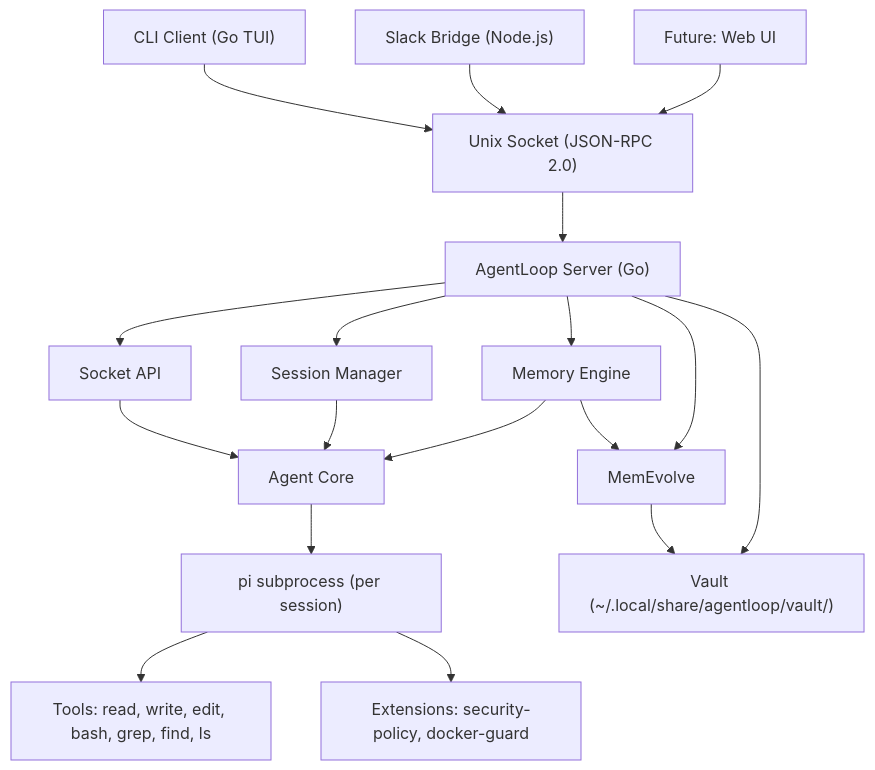
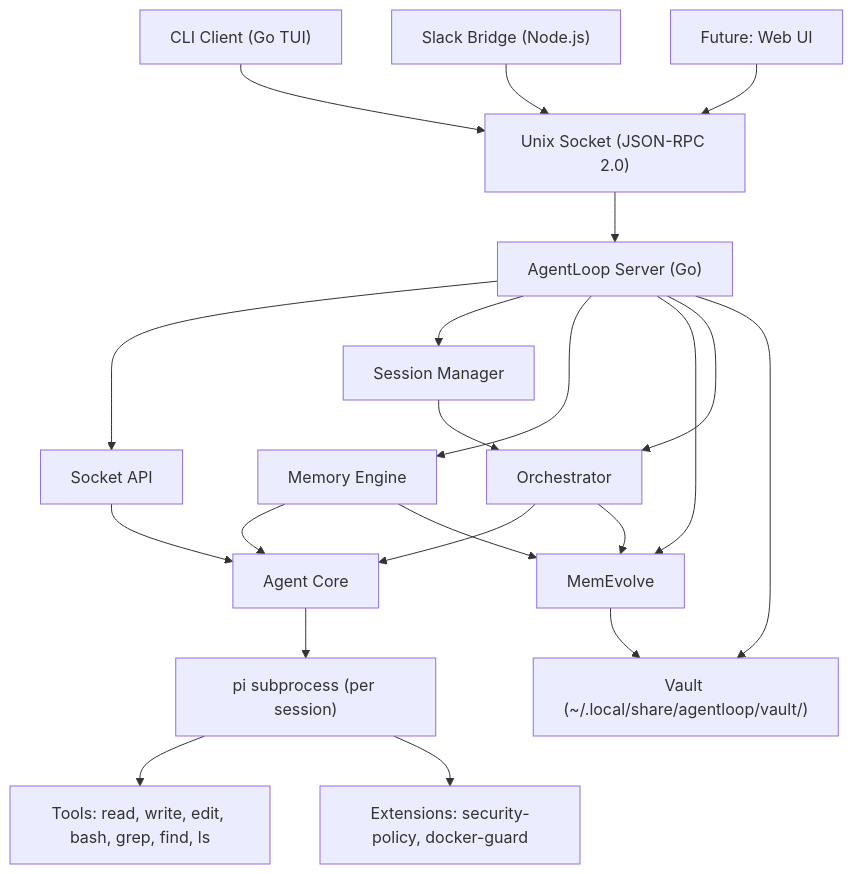
The diagram in src/content/docs/getting-started/overview.mdx (MarcoMruz/agentloop-docs), drawn with Mermaid before and after one commit. The commit also changed other lines of this file and 14 other files, not shown here.

````diff
--- a/src/content/docs/getting-started/overview.mdx
+++ b/src/content/docs/getting-started/overview.mdx
@@ -30,20 +31,23 @@
 ```mermaid
 graph TD
     CLI["CLI Client (Go TUI)"] --> Socket["Unix Socket (JSON-RPC 2.0)"]
     Slack["Slack Bridge (Node.js)"] --> Socket
     Web["Future: Web UI"] --> Socket
     Socket --> Server["AgentLoop Server (Go)"]
     Server --> API["Socket API"]
     Server --> SM["Session Manager"]
     Server --> Mem["Memory Engine"]
     Server --> ME["MemEvolve"]
+    Server --> Orch["Orchestrator"]
     API --> Core["Agent Core"]
-    SM --> Core
+    SM --> Orch
+    Orch --> Core
     Mem --> Core
     Mem --> ME
+    Orch --> ME
     ME --> Vault
     Core --> Pi["pi subprocess (per session)"]
     Pi --> Tools["Tools: read, write, edit, bash, grep, find, ls"]
     Pi --> Ext["Extensions: security-policy, docker-guard"]
     Server --> Vault["Vault (~/.local/share/agentloop/vault/)"]
 ```
````
